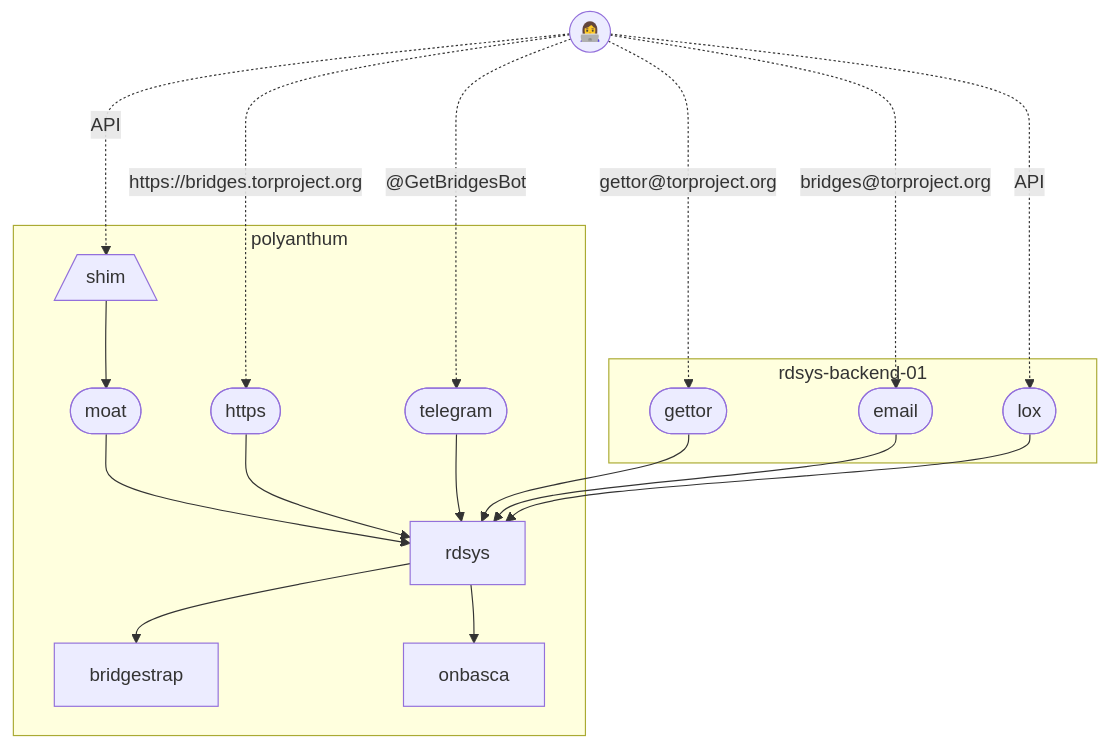
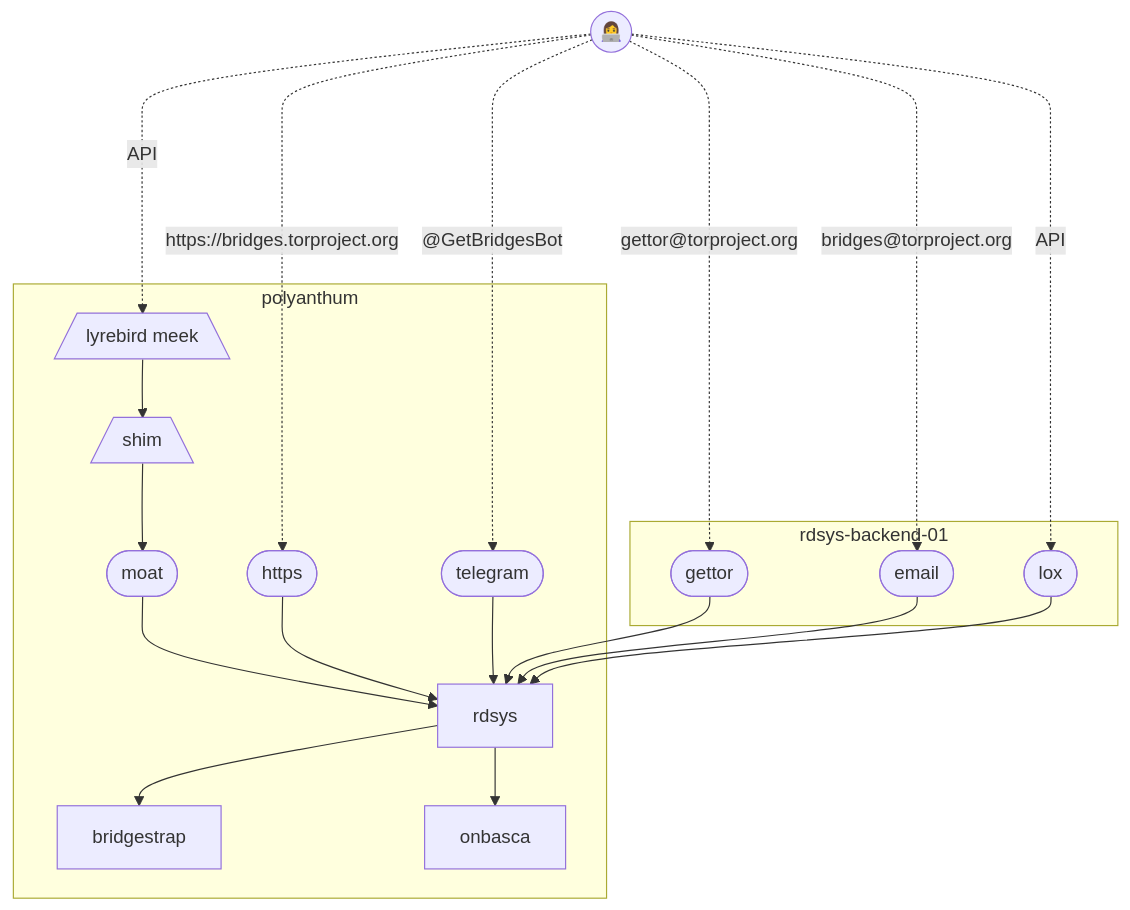
One commit to mikeperry-tor/acwiki changed the diagram in Survival-Guides/Rdsys-Survival-Guide.md. Above: the diagram before and after it, drawn with Mermaid.

Commit message:
Update Rdsys Survival Guide: add meek to the graph

````diff
--- a/Survival-Guides/Rdsys-Survival-Guide.md
+++ b/Survival-Guides/Rdsys-Survival-Guide.md
@@ -26,22 +26,23 @@
 ```mermaid
 flowchart TB
-    U((👩‍💻)) -.API..-> S
+    U((👩‍💻)) -.API...-> Y
     U -."https://bridges.torproject.org".-> H
     U -."@GetBridgesBot".-> T 
     U -."gettor@torproject.org".-> G 
     U -."bridges@torproject.org".-> E
     U -.API.-> L
     subgraph polyanthum
     R[rdsys] --> B[bridgestrap]
     R --> O[onbasca]
     M([moat]) --> R
     H([https]) --> R
     T([telegram]) --> R
     S[/shim\] --> M
+    Y[/lyrebird meek\] --> S
     end
     subgraph rdsys-backend-01
     G([gettor]) --> R
     E([email]) --> R
     L([lox]) --> R
     end
 ```
````
